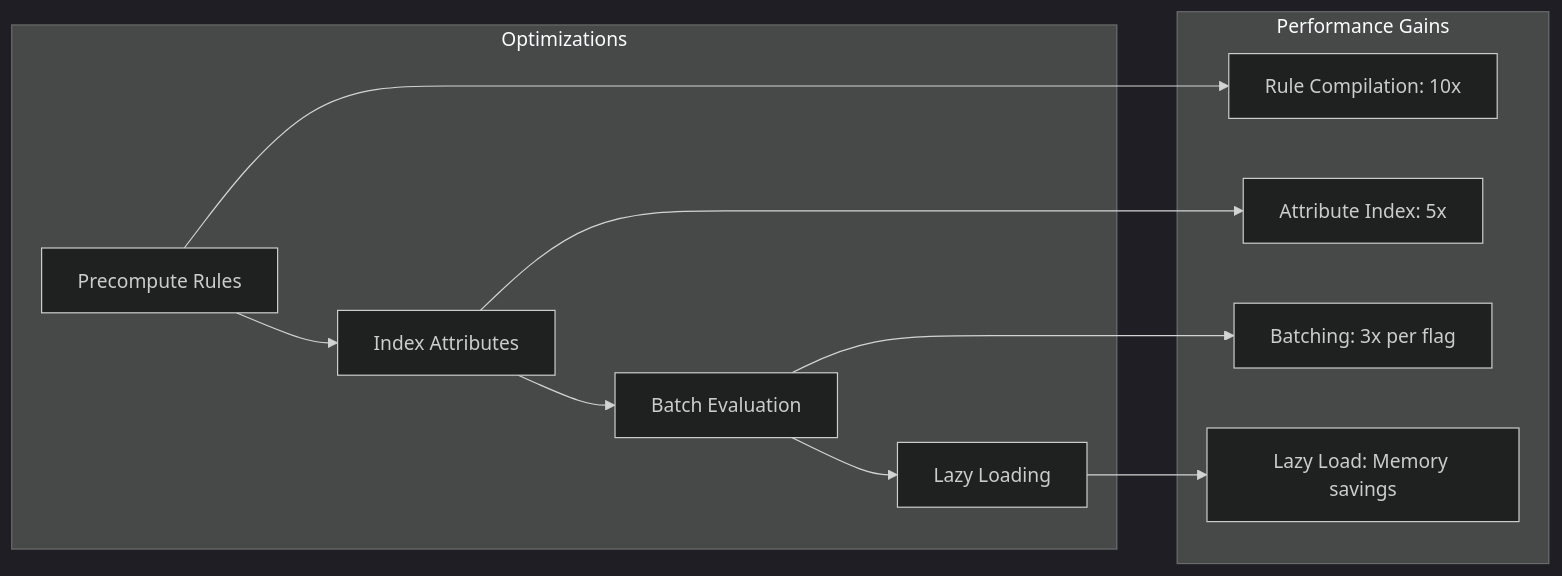
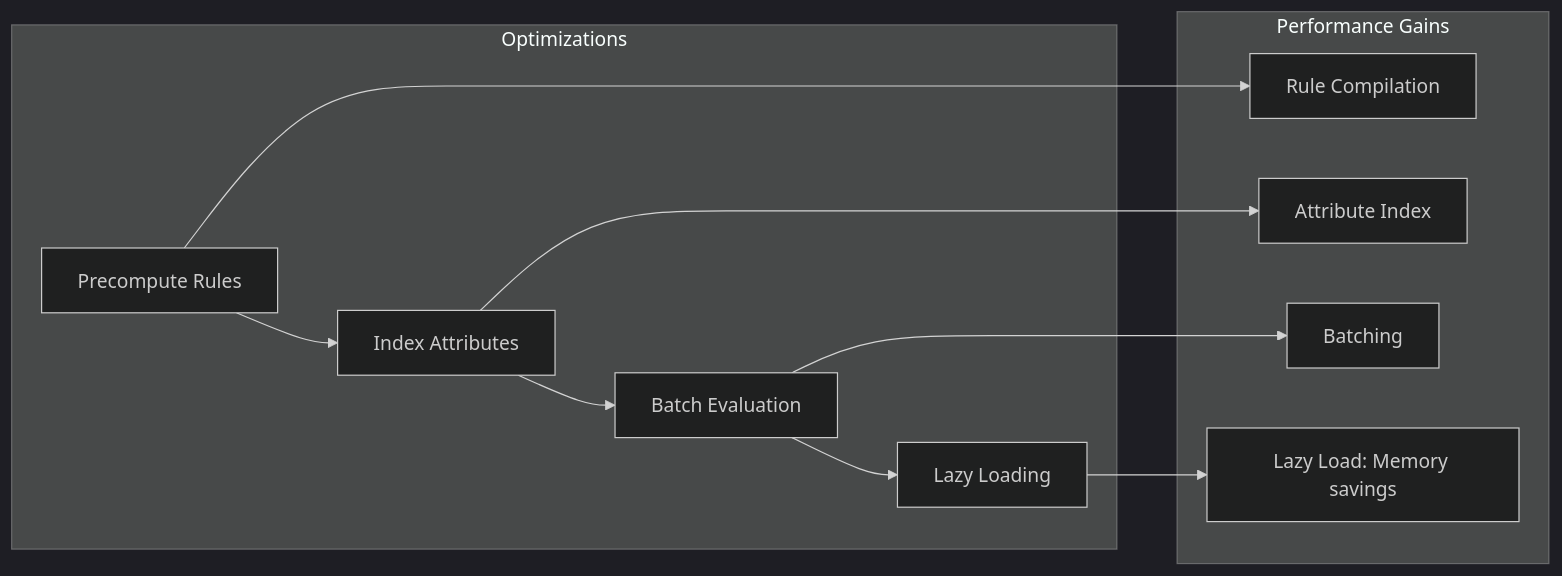
Before and after one commit to OneUptime/blog: the third of 3 diagrams in posts/2026-01-30-context-evaluation/README.md, drawn with Mermaid (dark theme). The commit also changed other lines of this file and 2 other files, not shown here.

````diff
--- a/posts/2026-01-30-context-evaluation/README.md
+++ b/posts/2026-01-30-context-evaluation/README.md
@@ -1274,20 +1291,20 @@
 ```mermaid
 flowchart LR
     subgraph "Optimizations"
         A[Precompute Rules] --> B[Index Attributes]
         B --> C[Batch Evaluation]
         C --> D[Lazy Loading]
     end
 
     subgraph "Performance Gains"
-        E[Rule Compilation: 10x]
-        F[Attribute Index: 5x]
-        G[Batching: 3x per flag]
+        E[Rule Compilation]
+        F[Attribute Index]
+        G[Batching]
         H[Lazy Load: Memory savings]
     end
 
     A --> E
     B --> F
     C --> G
     D --> H
 ```
````
